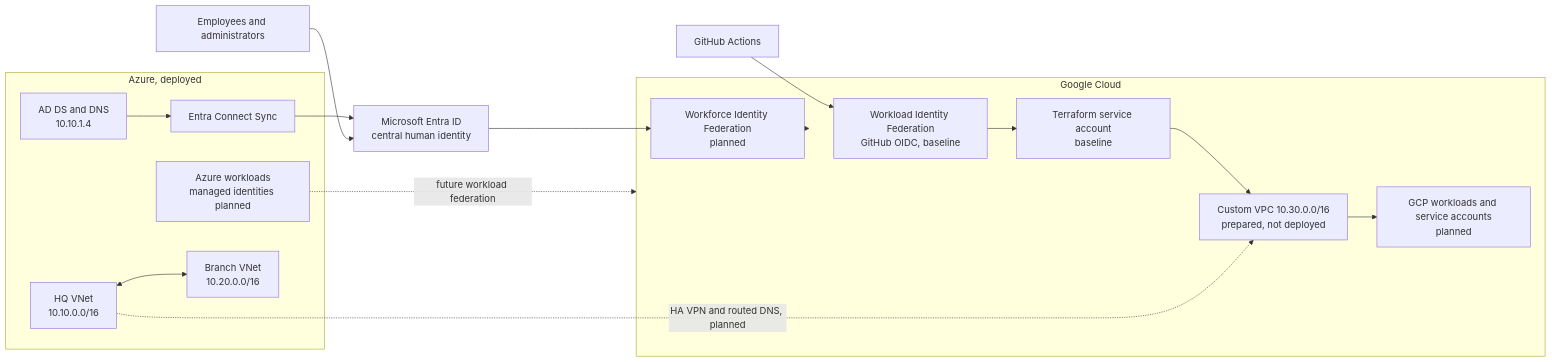
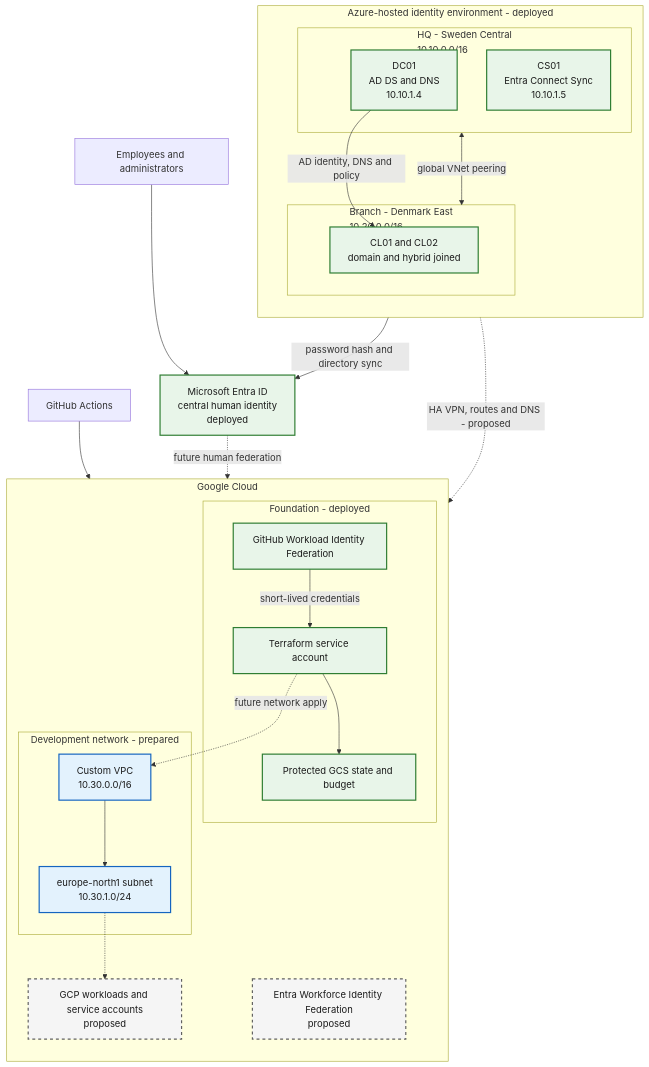
The diagram in README.md (sindredg/hybrid-cloud-infra-and-identities), drawn with Mermaid before and after one commit. The commit also changed 2 other files, not shown here.

Commit message:
Improve architecture diagrams

````diff
--- a/README.md
+++ b/README.md
@@ -44,33 +44,50 @@
 ```mermaid
-flowchart LR
+flowchart TB
     People["Employees and administrators"]
     GitHub["GitHub Actions"]
+    Entra["Microsoft Entra ID<br/>central human identity<br/>deployed"]
 
-    subgraph Azure["Azure, deployed"]
-        AD["AD DS and DNS<br/>10.10.1.4"]
-        Connect["Entra Connect Sync"]
-        AzureWorkloads["Azure workloads<br/>managed identities planned"]
-        HQ["HQ VNet<br/>10.10.0.0/16"]
-        Branch["Branch VNet<br/>10.20.0.0/16"]
-        HQ <--> Branch
-        AD --> Connect
+    subgraph Azure["Azure-hosted identity environment - deployed"]
+        direction TB
+        subgraph HQ["HQ - Sweden Central<br/>10.10.0.0/16"]
+            DC01["DC01<br/>AD DS and DNS<br/>10.10.1.4"]
+            CS01["CS01<br/>Entra Connect Sync<br/>10.10.1.5"]
+        end
+        subgraph Branch["Branch - Denmark East<br/>10.20.0.0/16"]
+            Clients["CL01 and CL02<br/>domain and hybrid joined"]
+        end
+        DC01 -->|"AD identity, DNS and policy"| Clients
+        HQ <-->|"global VNet peering"| Branch
     end
 
-    Entra["Microsoft Entra ID<br/>central human identity"]
-
     subgraph GCP["Google Cloud"]
-        Workforce["Workforce Identity Federation<br/>planned"]
-        WIF["Workload Identity Federation<br/>GitHub OIDC, baseline"]
-        TFSA["Terraform service account<br/>baseline"]
-        VPC["Custom VPC 10.30.0.0/16<br/>prepared, not deployed"]
-        Workloads["GCP workloads and service accounts<br/>planned"]
+        direction TB
+        subgraph Foundation["Foundation - deployed"]
+            WIF["GitHub Workload Identity Federation"]
+            TFSA["Terraform service account"]
+            State["Protected GCS state and budget"]
+        end
+        subgraph Network["Development network - prepared"]
+            VPC["Custom VPC<br/>10.30.0.0/16"]
+            Subnet["europe-north1 subnet<br/>10.30.1.0/24"]
+            VPC --> Subnet
+        end
+        Workforce["Entra Workforce Identity Federation<br/>proposed"]
+        Workloads["GCP workloads and service accounts<br/>proposed"]
     end
 
-    Connect --> Entra
-    People --> Entra --> Workforce
-    Workforce --> GCP
-    GitHub --> WIF --> TFSA --> VPC
-    AzureWorkloads -. "future workload federation" .-> GCP
-    HQ -. "HA VPN and routed DNS, planned" .-> VPC
-    VPC --> Workloads
+    People --> Entra
+    CS01 -->|"password hash and directory sync"| Entra
+    GitHub --> WIF -->|"short-lived credentials"| TFSA --> State
+    TFSA -. "future network apply" .-> VPC
+    Entra -. "future human federation" .-> Workforce
+    HQ -. "HA VPN, routes and DNS - proposed" .-> VPC
+    Subnet -.-> Workloads
+
+    classDef deployed fill:#e8f5e9,stroke:#2e7d32,color:#1b1b1b,stroke-width:2px;
+    classDef prepared fill:#e3f2fd,stroke:#1565c0,color:#1b1b1b,stroke-width:2px;
+    classDef proposed fill:#f5f5f5,stroke:#616161,color:#1b1b1b,stroke-width:2px,stroke-dasharray:5 5;
+    class Entra,DC01,CS01,Clients,WIF,TFSA,State deployed;
+    class VPC,Subnet prepared;
+    class Workforce,Workloads proposed;
 ```
````
